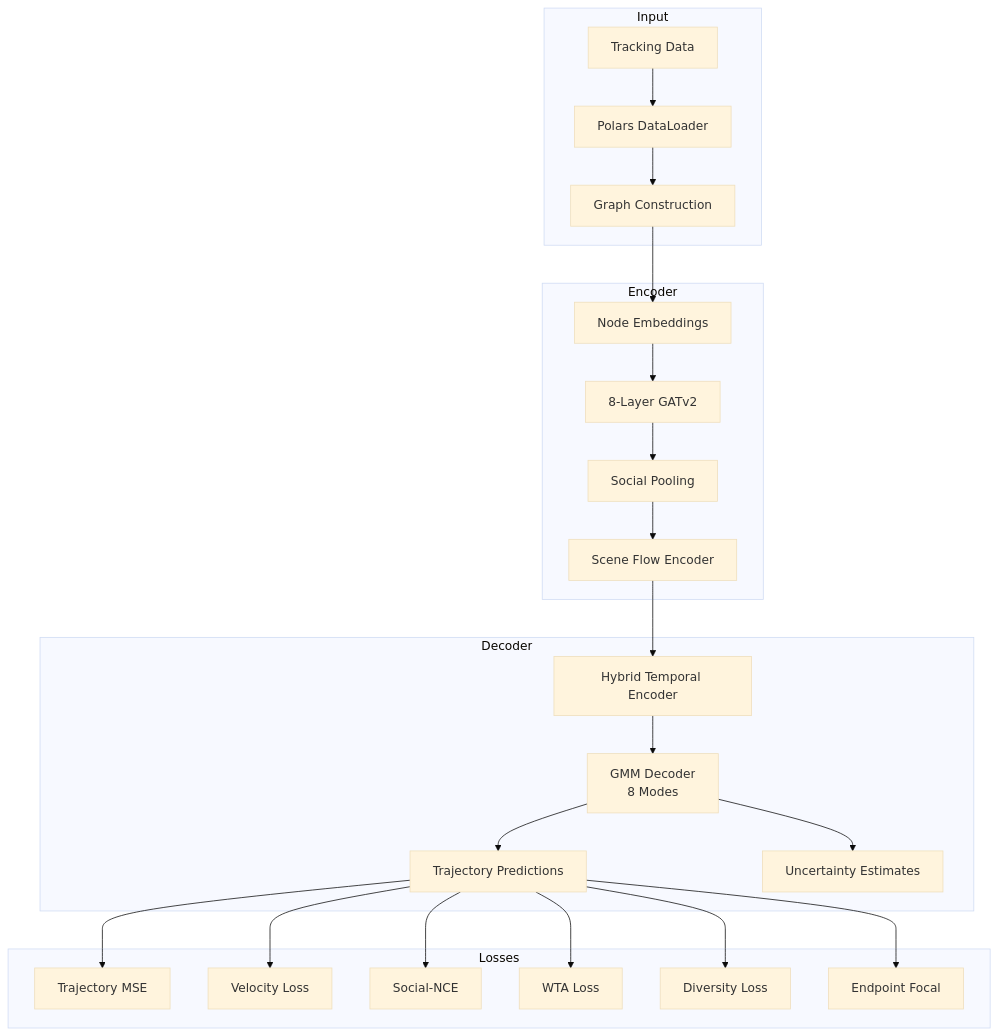
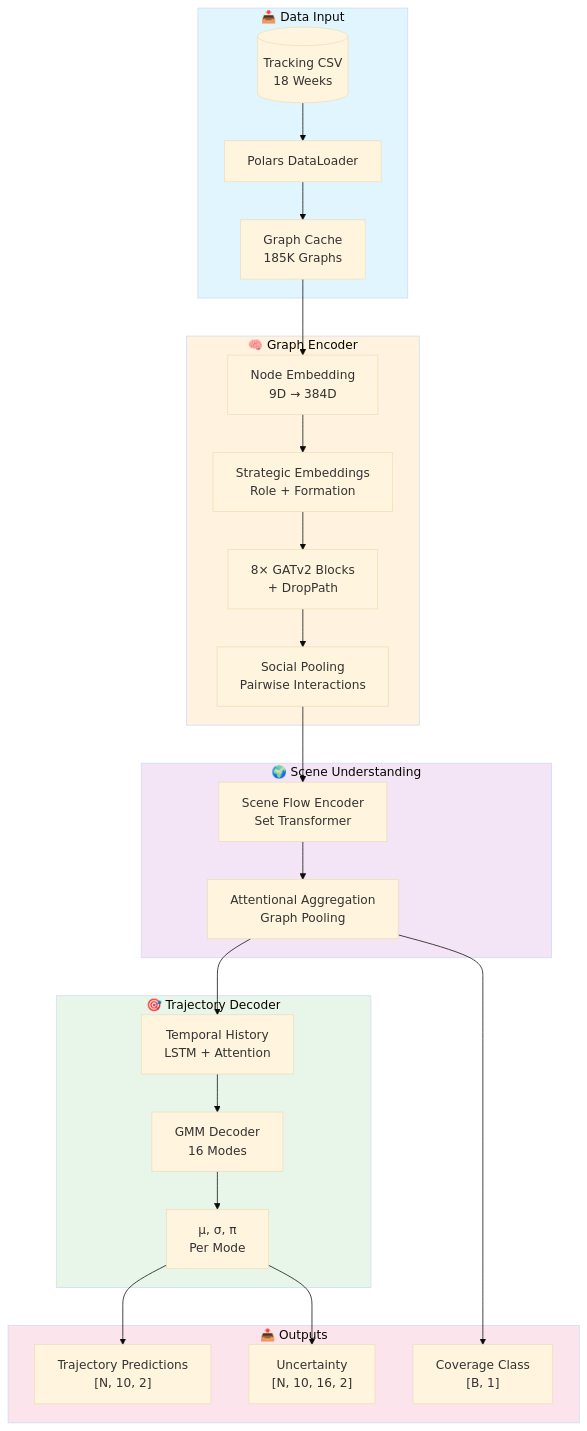
One commit to tanm-sys/NFL changed the second of 5 diagrams in README.md. Above: the diagram before and after it, drawn with Mermaid (base theme). The commit also changed other lines of this file and 5 other files, not shown here.

Commit message:
docs: improve data pipeline clarity by adding detailed mermaid diagrams and updating data statistics and splits.

````diff
--- a/README.md
+++ b/README.md
@@ -100,30 +50,37 @@
 ```mermaid
-graph TB
-    subgraph Input
-        A[Tracking Data] --> B[Polars DataLoader]
-        B --> C[Graph Construction]
+flowchart TB
+    subgraph Input["📥 Data Input"]
+        A[("Tracking CSV<br/>18 Weeks")] --> B["Polars DataLoader"]
+        B --> C["Graph Cache<br/>185K Graphs"]
     end
     
-    subgraph Encoder
-        C --> D[Node Embeddings]
-        D --> E[8-Layer GATv2]
-        E --> F[Social Pooling]
-        F --> G[Scene Flow Encoder]
+    subgraph Encoder["🧠 Graph Encoder"]
+        C --> D["Node Embedding<br/>9D → 384D"]
+        D --> E["Strategic Embeddings<br/>Role + Formation"]
+        E --> F["8× GATv2 Blocks<br/>+ DropPath"]
+        F --> G["Social Pooling<br/>Pairwise Interactions"]
     end
     
-    subgraph Decoder
-        G --> H[Hybrid Temporal Encoder]
-        H --> I[GMM Decoder<br/>8 Modes]
-        I --> J[Trajectory Predictions]
-        I --> K[Uncertainty Estimates]
+    subgraph Scene["🌍 Scene Understanding"]
+        G --> H["Scene Flow Encoder<br/>Set Transformer"]
+        H --> I["Attentional Aggregation<br/>Graph Pooling"]
     end
     
-    subgraph Losses
-        J --> L1[Trajectory MSE]
-        J --> L2[Velocity Loss]
-        J --> L3[Social-NCE]
-        J --> L4[WTA Loss]
-        J --> L5[Diversity Loss]
-        J --> L6[Endpoint Focal]
+    subgraph Decoder["🎯 Trajectory Decoder"]
+        I --> J["Temporal History<br/>LSTM + Attention"]
+        J --> K["GMM Decoder<br/>16 Modes"]
+        K --> L["μ, σ, π<br/>Per Mode"]
     end
+    
+    subgraph Output["📤 Outputs"]
+        L --> M["Trajectory Predictions<br/>[N, 10, 2]"]
+        L --> N["Uncertainty<br/>[N, 10, 16, 2]"]
+        I --> O["Coverage Class<br/>[B, 1]"]
+    end
+    
+    style Input fill:#e1f5fe
+    style Encoder fill:#fff3e0
+    style Scene fill:#f3e5f5
+    style Decoder fill:#e8f5e9
+    style Output fill:#fce4ec
 ```
````
